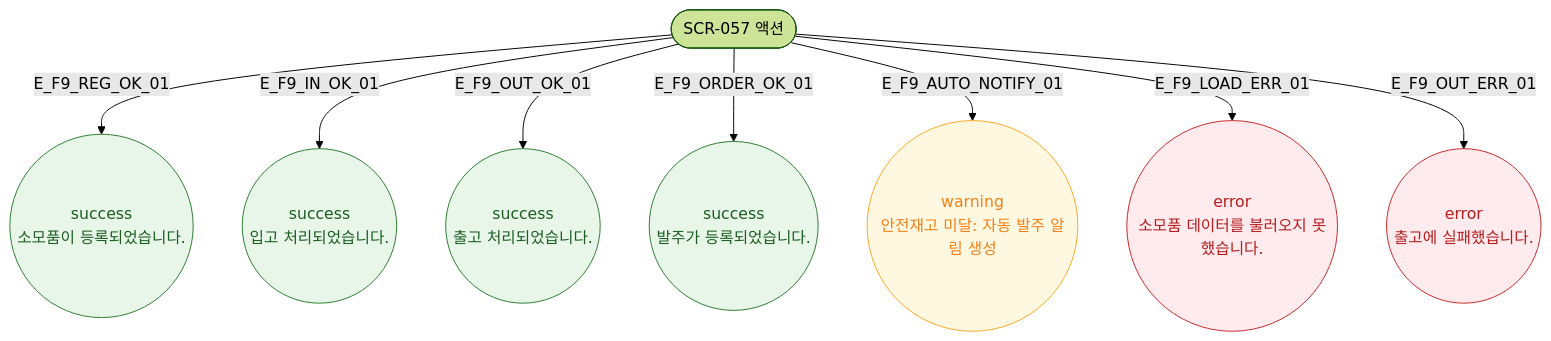
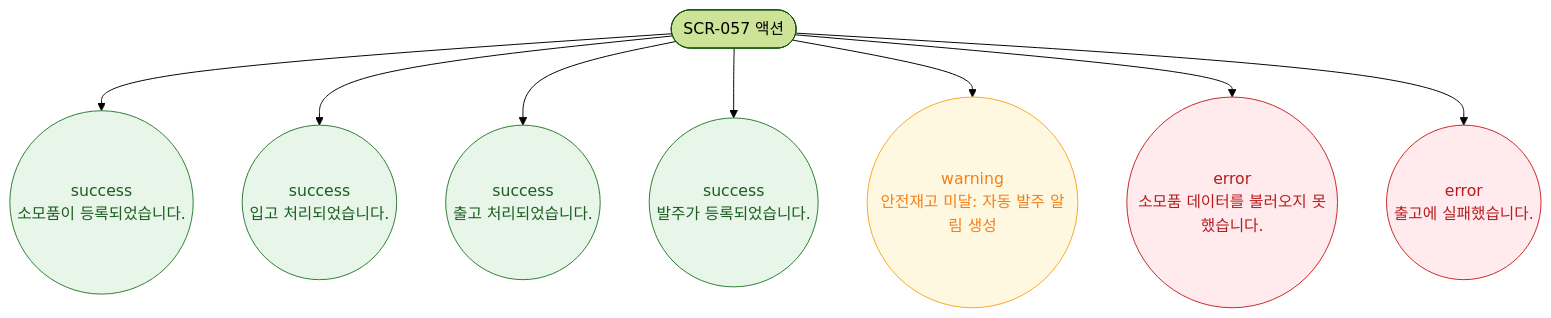
The diagram in docs/다이어그램/D06_시설관리/SCR-057_소모품재고관리/F9_토스트.md (dev-spogym/admin-pando), drawn with Mermaid (forest theme) before and after one commit. The commit also changed other lines of this file and 1660 other files, not shown here.

First line of the commit message:
다이어그램: 기획자/클라이언트 납품본으로 정리

````diff
--- a/docs/다이어그램/D06_시설관리/SCR-057_소모품재고관리/F9_토스트.md
+++ b/docs/다이어그램/D06_시설관리/SCR-057_소모품재고관리/F9_토스트.md
@@ -16,19 +14,19 @@
 ```mermaid
 flowchart TD
     TRIGGER([SCR-057 액션])
 
-    TRIGGER -->|E_F9_REG_OK_01| T_REG((success\n소모품이 등록되었습니다.))
-    TRIGGER -->|E_F9_IN_OK_01| T_IN((success\n입고 처리되었습니다.))
-    TRIGGER -->|E_F9_OUT_OK_01| T_OUT((success\n출고 처리되었습니다.))
-    TRIGGER -->|E_F9_ORDER_OK_01| T_ORDER((success\n발주가 등록되었습니다.))
-    TRIGGER -->|E_F9_AUTO_NOTIFY_01| T_NOTIFY((warning\n안전재고 미달: 자동 발주 알림 생성))
-    TRIGGER -->|E_F9_LOAD_ERR_01| T_LOAD_ERR((error\n소모품 데이터를 불러오지 못했습니다.))
-    TRIGGER -->|E_F9_OUT_ERR_01| T_OUT_ERR((error\n출고에 실패했습니다.))
+    TRIGGER --> T_REG((success\n소모품이 등록되었습니다.))
+    TRIGGER --> T_IN((success\n입고 처리되었습니다.))
+    TRIGGER --> T_OUT((success\n출고 처리되었습니다.))
+    TRIGGER --> T_ORDER((success\n발주가 등록되었습니다.))
+    TRIGGER --> T_NOTIFY((warning\n안전재고 미달: 자동 발주 알림 생성))
+    TRIGGER --> T_LOAD_ERR((error\n소모품 데이터를 불러오지 못했습니다.))
+    TRIGGER --> T_OUT_ERR((error\n출고에 실패했습니다.))
 
     classDef success fill:#E8F5E9,stroke:#2E7D32,color:#1B5E20
     classDef warning fill:#FFF8E1,stroke:#F9A825,color:#F57F17
     classDef error fill:#FFEBEE,stroke:#C62828,color:#B71C1C
     class T_REG,T_IN,T_OUT,T_ORDER success
     class T_NOTIFY warning
     class T_LOAD_ERR,T_OUT_ERR error
 ```
````
